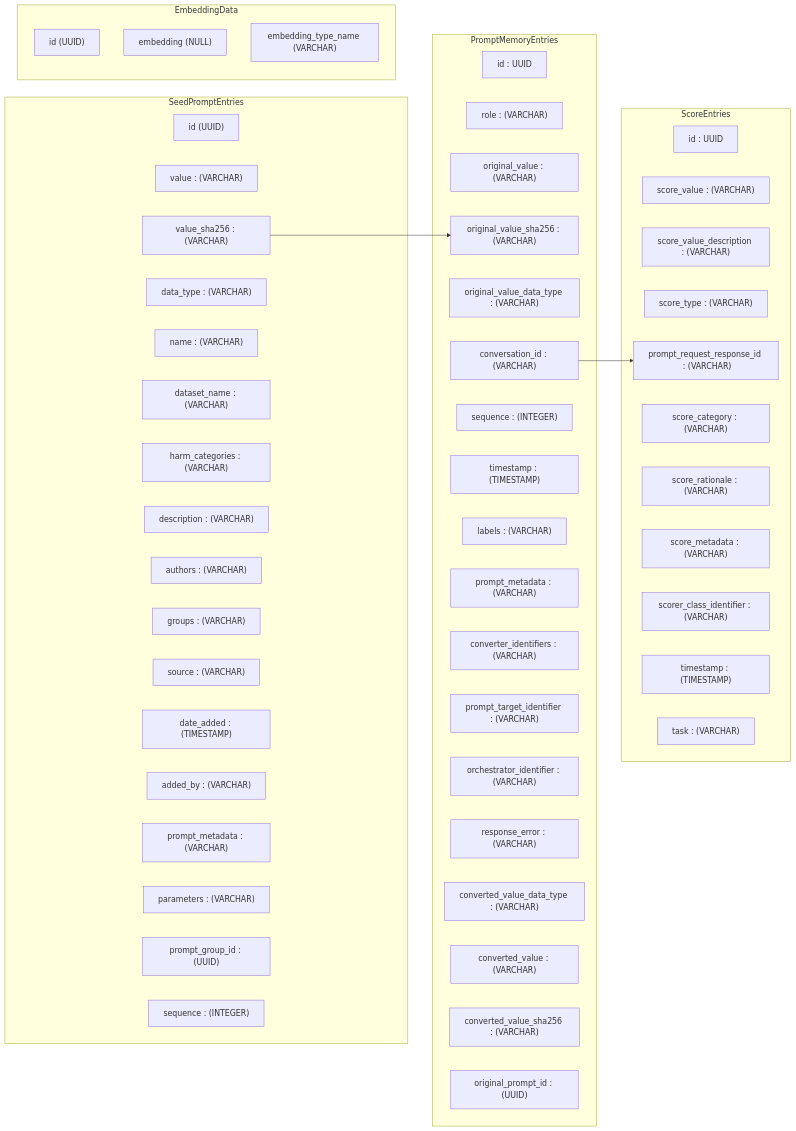
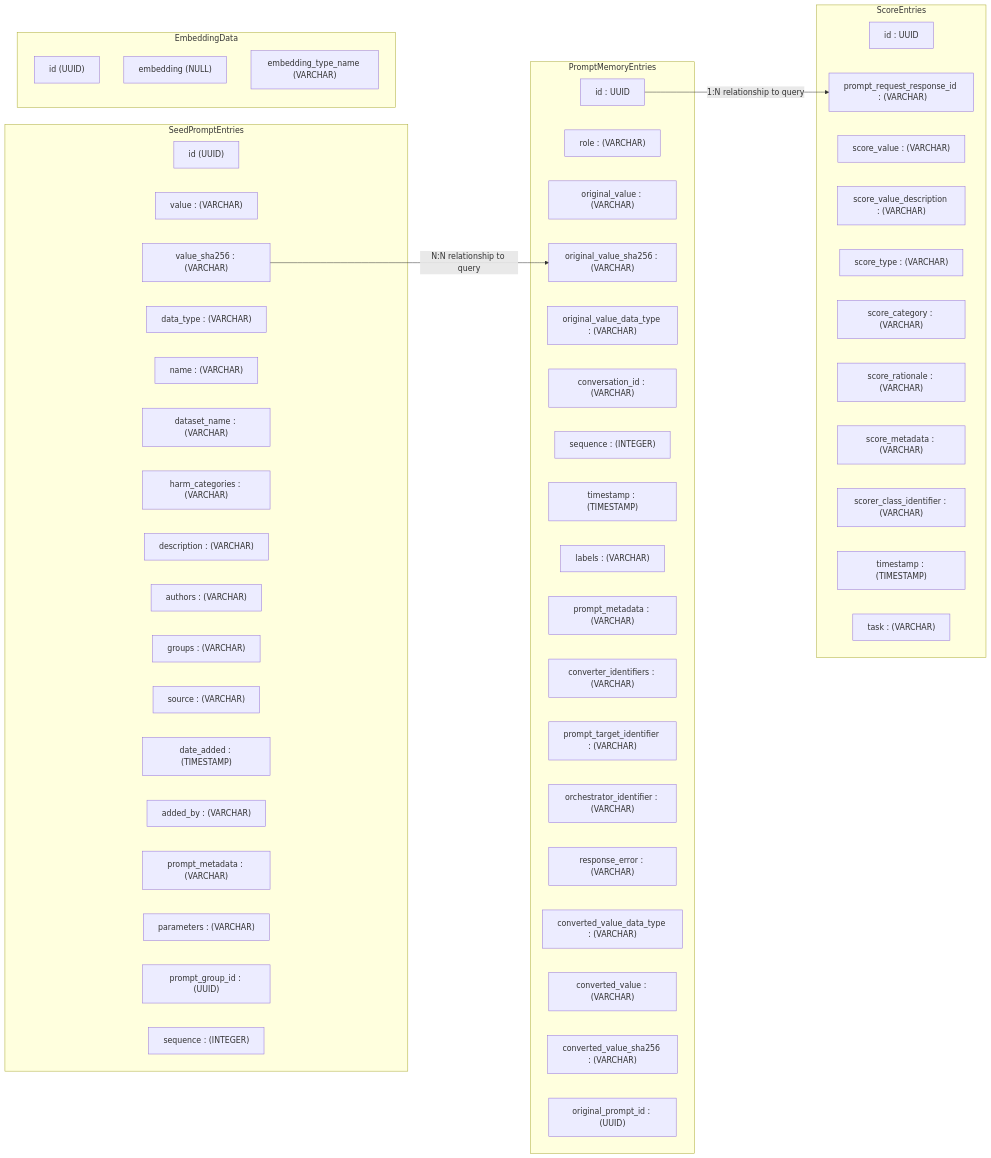
One commit to Azure/PyRIT changed the diagram in doc/code/memory/10_schema_diagram.md. Above: the diagram before and after it, drawn with Mermaid.

Commit message:
diagram edit

````diff
--- a/doc/code/memory/10_schema_diagram.md
+++ b/doc/code/memory/10_schema_diagram.md
@@ -3,69 +3,69 @@
 ```mermaid
 graph LR
     subgraph SeedPromptEntries
         S_id["id (UUID)"]
         S_value["value : (VARCHAR)"]
         S_value_sha256["value_sha256 : (VARCHAR)"]
         S_data_type["data_type : (VARCHAR)"]
         S_name["name : (VARCHAR)"]
         S_dataset_name["dataset_name : (VARCHAR)"]
         S_harm_categories["harm_categories : (VARCHAR)"]
         S_description["description : (VARCHAR)"]
         S_authors["authors : (VARCHAR)"]
         S_groups["groups : (VARCHAR)"]
         S_source["source : (VARCHAR)"]
         S_date_added["date_added : (TIMESTAMP)"]
         S_added_by["added_by : (VARCHAR)"]
         S_prompt_metadata["prompt_metadata : (VARCHAR)"]
         S_parameters["parameters : (VARCHAR)"]
         S_prompt_group_id["prompt_group_id : (UUID)"]
         S_sequence["sequence : (INTEGER)"]
     end
 
     subgraph PromptMemoryEntries
         P_id["id : UUID"]
         P_role["role : (VARCHAR)"]
         P_original_value["original_value : (VARCHAR)"]
         P_original_value_sha256["original_value_sha256 : (VARCHAR)"]
         P_original_value_data_type["original_value_data_type : (VARCHAR)"]
         P_conversation_id["conversation_id : (VARCHAR)"]
         P_sequence["sequence : (INTEGER)"]
         P_timestamp["timestamp : (TIMESTAMP)"]
         P_labels["labels : (VARCHAR)"]
         P_prompt_metadata["prompt_metadata : (VARCHAR)"]
         P_converter_identifiers["converter_identifiers : (VARCHAR)"]
         P_prompt_target_identifier["prompt_target_identifier : (VARCHAR)"]
         P_orchestrator_identifier["orchestrator_identifier : (VARCHAR)"]
         P_response_error["response_error : (VARCHAR)"]
         P_converted_value_data_type["converted_value_data_type : (VARCHAR)"]
         P_converted_value["converted_value : (VARCHAR)"]
         P_converted_value_sha256["converted_value_sha256 : (VARCHAR)"]
         P_original_prompt_id["original_prompt_id : (UUID)"]
     end
 
     subgraph ScoreEntries
         Sc_id["id : UUID"]
+        Sc_prompt_request_response_id["prompt_request_response_id  : (VARCHAR)"]
         Sc_score_value["score_value : (VARCHAR)"]
         Sc_score_value_description["score_value_description : (VARCHAR)"]
         Sc_score_type["score_type : (VARCHAR)"]
-        Sc_prompt_request_response_id["prompt_request_response_id  : (VARCHAR)"]
         Sc_score_category["score_category : (VARCHAR)"]
         Sc_score_rationale["score_rationale : (VARCHAR)"]
         Sc_score_metadata["score_metadata : (VARCHAR)"]
         Sc_scorer_class_identifier["scorer_class_identifier : (VARCHAR)"]
         Sc_timestamp["timestamp : (TIMESTAMP)"]
         Sc_task["task : (VARCHAR)"]
     end
 
     subgraph EmbeddingData
         E_id["id (UUID)"]
         E_embedding["embedding (NULL)"]
         E_embedding_type_name["embedding_type_name (VARCHAR)"]
     end
 
     %% Relationship arrow
-    S_value_sha256 -->P_original_value_sha256
-    P_conversation_id -->Sc_prompt_request_response_id
+    S_value_sha256 --> |N:N relationship to query| P_original_value_sha256
+    P_id --> |1:N relationship to query| Sc_prompt_request_response_id
 
 
 ```
````
